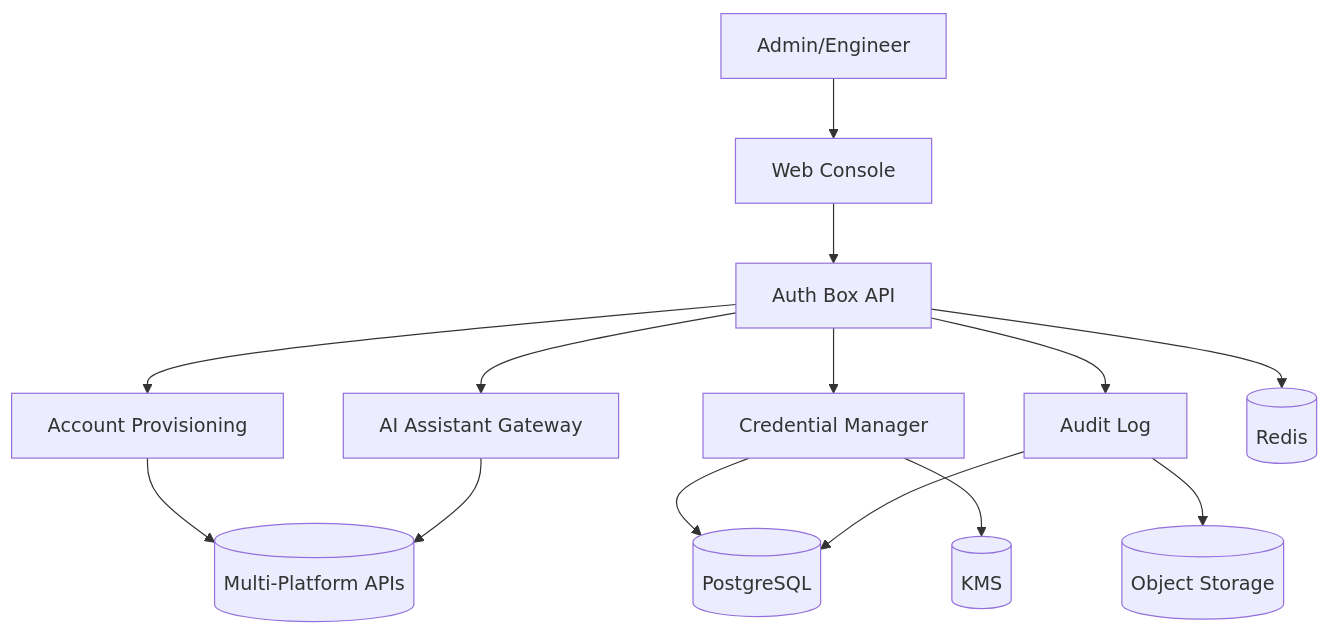
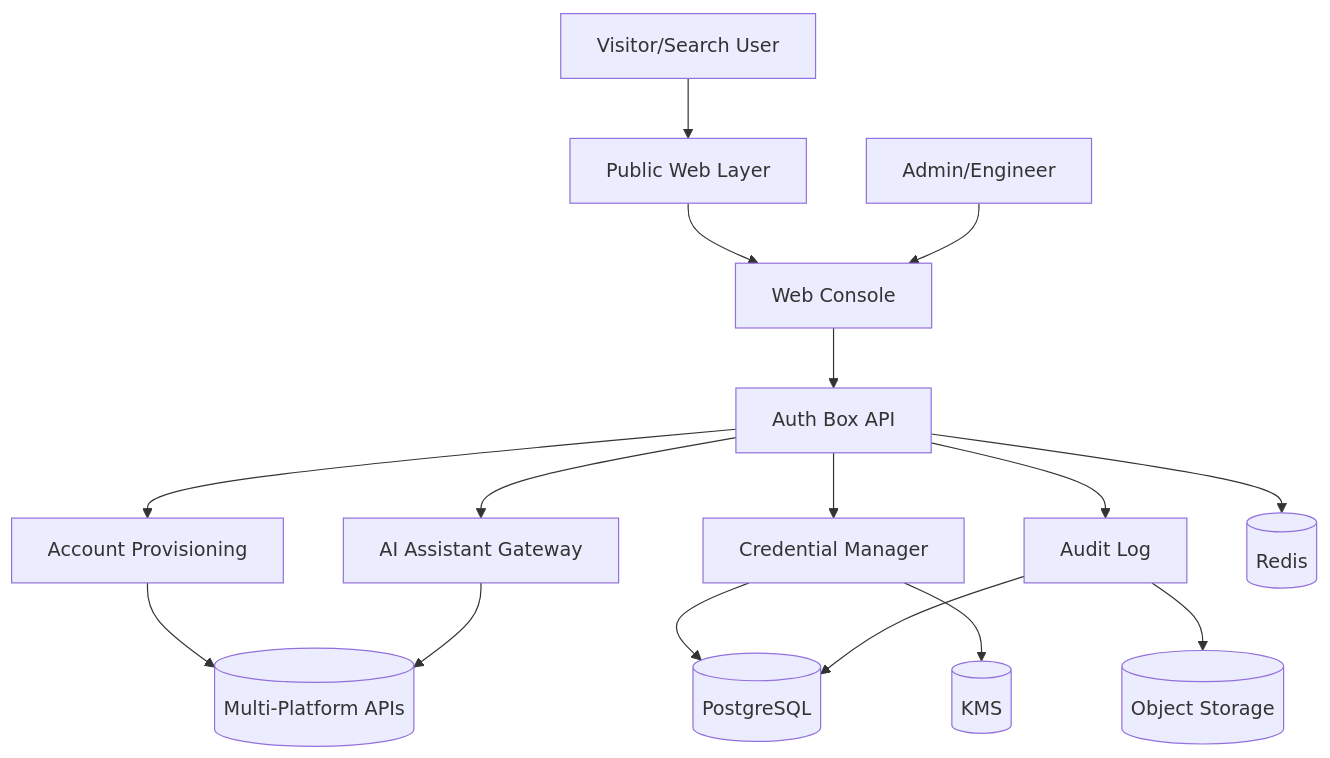
The first of 3 diagrams in doc/00_project/initiative_10_auth_box/SYSTEM_ARCHITECTURE.md (MARUCIE/authbox), drawn with Mermaid before and after one commit. The commit also changed other lines of this file and 1014 other files, not shown here.

````diff
--- a/doc/00_project/initiative_10_auth_box/SYSTEM_ARCHITECTURE.md
+++ b/doc/00_project/initiative_10_auth_box/SYSTEM_ARCHITECTURE.md
@@ -28,20 +31,22 @@
 ```mermaid
 graph TD
-  U[Admin/Engineer] --> UI[Web Console]
+  V[Visitor/Search User] --> WEB[Public Web Layer]
+  WEB --> UI[Web Console]
+  U[Admin/Engineer] --> UI
   UI --> API[Auth Box API]
 
   API --> ACC[Account Provisioning]
   API --> AUTH[Credential Manager]
   API --> ASSIST[AI Assistant Gateway]
   API --> AUDIT[Audit Log]
   API --> CACHE[(Redis)]
 
   AUTH --> DB[(PostgreSQL)]
   AUTH --> KMS[(KMS)]
   ACC --> EXT[External Platforms]
   ASSIST --> EXT
   AUDIT --> DB
   AUDIT --> OBJ[(Object Storage)]
 
   EXT[(Multi-Platform APIs)]
 ```
````
